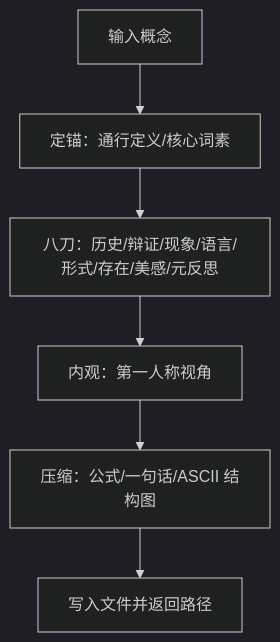
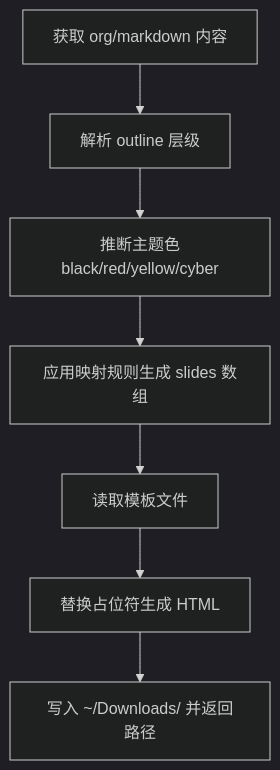
Before and after one commit to NTLx/ntlx.github.io: the seventh of 12 diagrams in .qoder/repowiki/zh/content/AI 技能系统/专用技能.md, drawn with Mermaid (dark theme). The commit also changed other lines of this file and 8 other files, not shown here.

````diff
--- a/.qoder/repowiki/zh/content/AI 技能系统/专用技能.md
+++ b/.qoder/repowiki/zh/content/AI 技能系统/专用技能.md
@@ -219,8 +266,9 @@
 ```mermaid
 flowchart TD
-A["输入概念"] --> B["定锚：通行定义/核心词素"]
-B --> C["八刀：历史/辩证/现象/语言/形式/存在/美感/元反思"]
-C --> D["内观：第一人称视角"]
-D --> E["压缩：公式/一句话/ASCII 结构图"]
-E --> F["写入文件并返回路径"]
+A["获取 org/markdown 内容"] --> B["解析 outline 层级"]
+B --> C["推断主题色black/red/yellow/cyber"]
+C --> D["应用映射规则生成 slides 数组"]
+D --> E["读取模板文件"]
+E --> F["替换占位符生成 HTML"]
+F --> G["写入 ~/Downloads/ 并返回路径"]
 ```
````
